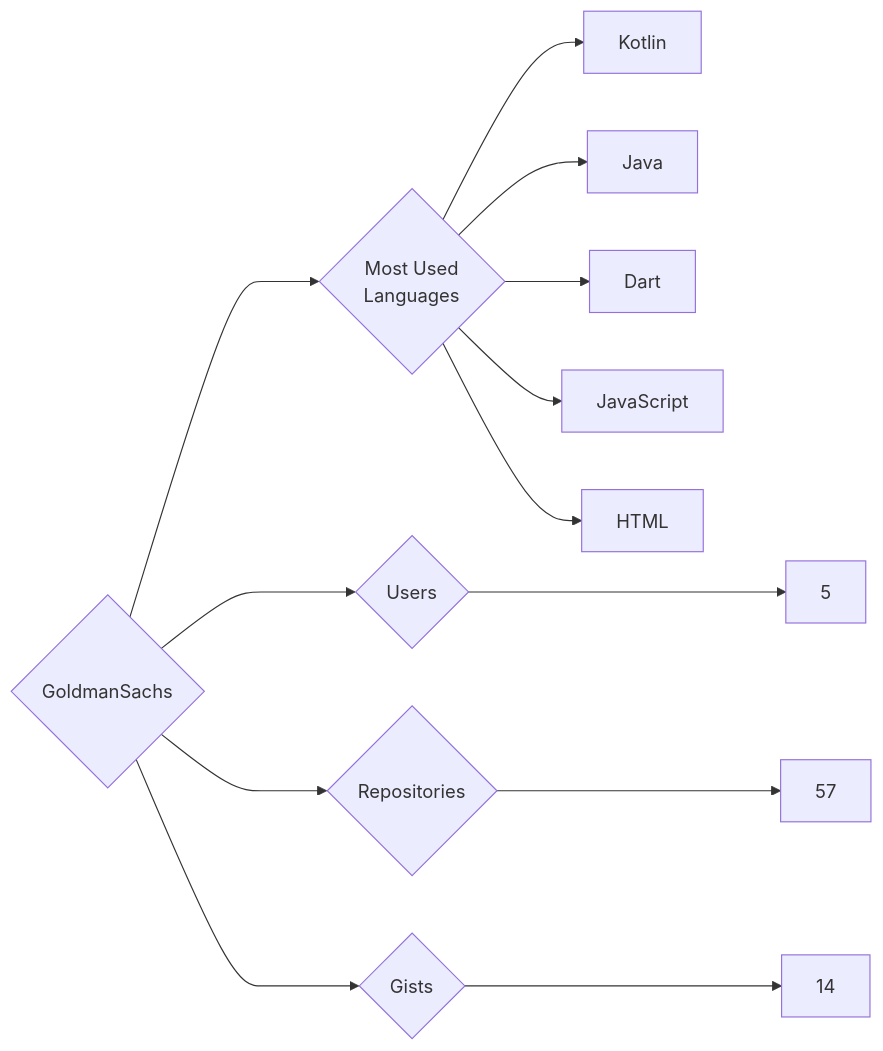
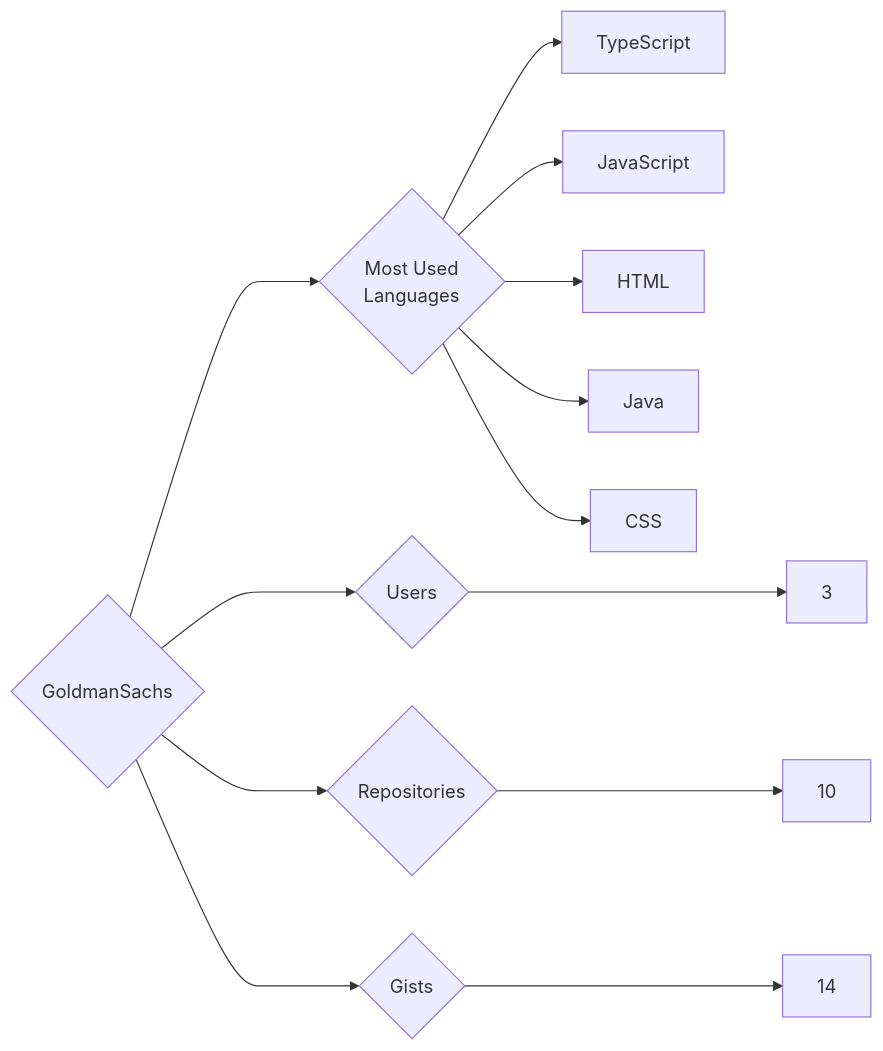
The diagram in targets/GoldmanSachs/README.md (trickest/insiders), drawn with Mermaid before and after one commit. The commit also changed 776 other files, not shown here.

````diff
--- a/targets/GoldmanSachs/README.md
+++ b/targets/GoldmanSachs/README.md
@@ -3,13 +3,13 @@
 ```mermaid
 graph LR
 COMPANY_NAME{GoldmanSachs}
-COMPANY_NAME ---> U{Users} ---> UN[5]
-COMPANY_NAME ---> R{Repositories} ---> RN[57]
+COMPANY_NAME ---> U{Users} ---> UN[3]
+COMPANY_NAME ---> R{Repositories} ---> RN[10]
 COMPANY_NAME ---> G{Gists} ---> GN[14]
 COMPANY_NAME ---> ML{Most Used<br>Languages}
-ML --> Kotlin[Kotlin]
-ML --> Java[Java]
-ML --> Dart[Dart]
+ML --> TypeScript[TypeScript]
 ML --> JavaScript[JavaScript]
 ML --> HTML[HTML]
+ML --> Java[Java]
+ML --> CSS[CSS]
 ```
````
